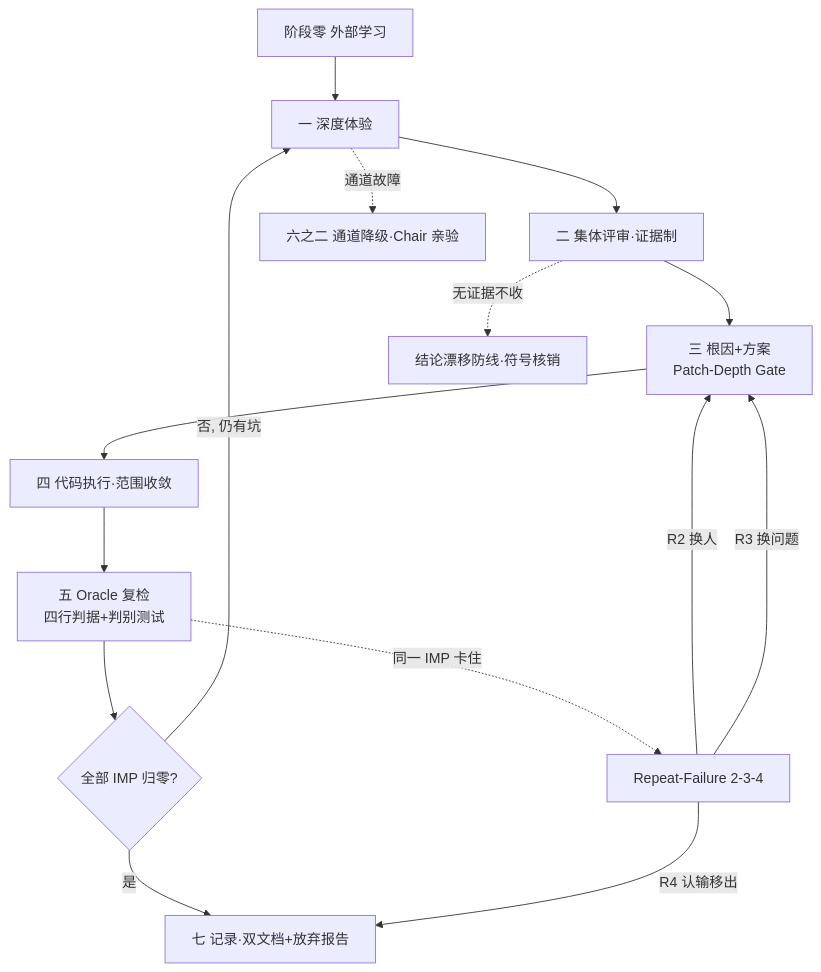
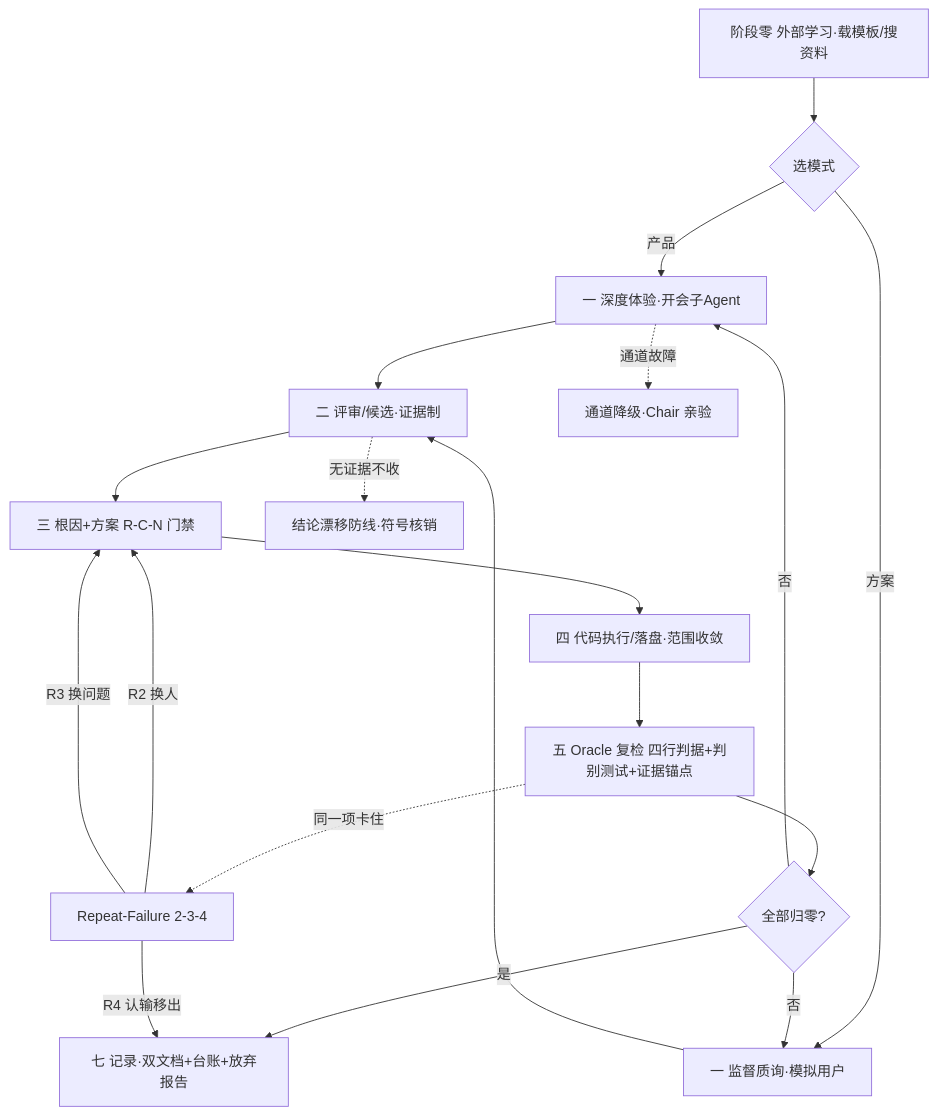
One commit to huanweide/maxloop-overlord changed the diagram in README.md. Above: the diagram before and after it, drawn with Mermaid. The commit also changed other lines of this file and 5 other files, not shown here.

````diff
--- a/README.md
+++ b/README.md
@@ -130,17 +137,20 @@
 ```mermaid
 flowchart TD
-    S0[阶段零 外部学习] --> S1[一 深度体验]
-    S1 --> S2[二 集体评审·证据制]
-    S2 --> S3[三 根因+方案<br/>Patch-Depth Gate]
-    S3 --> S4[四 代码执行·范围收敛]
-    S4 --> S5[五 Oracle 复检<br/>四行判据+判别测试]
-    S5 --> C{全部 IMP 归零?}
-    C -- 否, 仍有坑 --> S1
-    C -- 是 --> S7[七 记录·双文档+放弃报告]
-    S5 -. 同一 IMP 卡住 .-> R[Repeat-Failure 2-3-4]
+    S0[阶段零 外部学习·载模板/搜资料] --> MODE{选模式}
+    MODE -- 产品 --> S1A[一 深度体验·开会子Agent]
+    MODE -- 方案 --> S1B[一 监督质询·模拟用户]
+    S1A --> S2[二 评审/候选·证据制]
+    S1B --> S2
+    S2 --> S3[三 根因+方案 R-C-N 门禁]
+    S3 --> S4[四 代码执行/落盘·范围收敛]
+    S4 --> S5[五 Oracle 复检 四行判据+判别测试+证据锚点]
+    S5 --> C{全部归零?}
+    C -- 否 --> S1A & S1B
+    C -- 是 --> S7[七 记录·双文档+台账+放弃报告]
+    S5 -. 同一项卡住 .-> R[Repeat-Failure 2-3-4]
     R -- R2 换人 --> S3
     R -- R3 换问题 --> S3
     R -- R4 认输移出 --> S7
     S2 -. 无证据不收 .-> P[结论漂移防线·符号核销]
-    S1 -. 通道故障 .-> D[六之二 通道降级·Chair 亲验]
+    S1A -. 通道故障 .-> D[通道降级·Chair 亲验]
 ```
````
